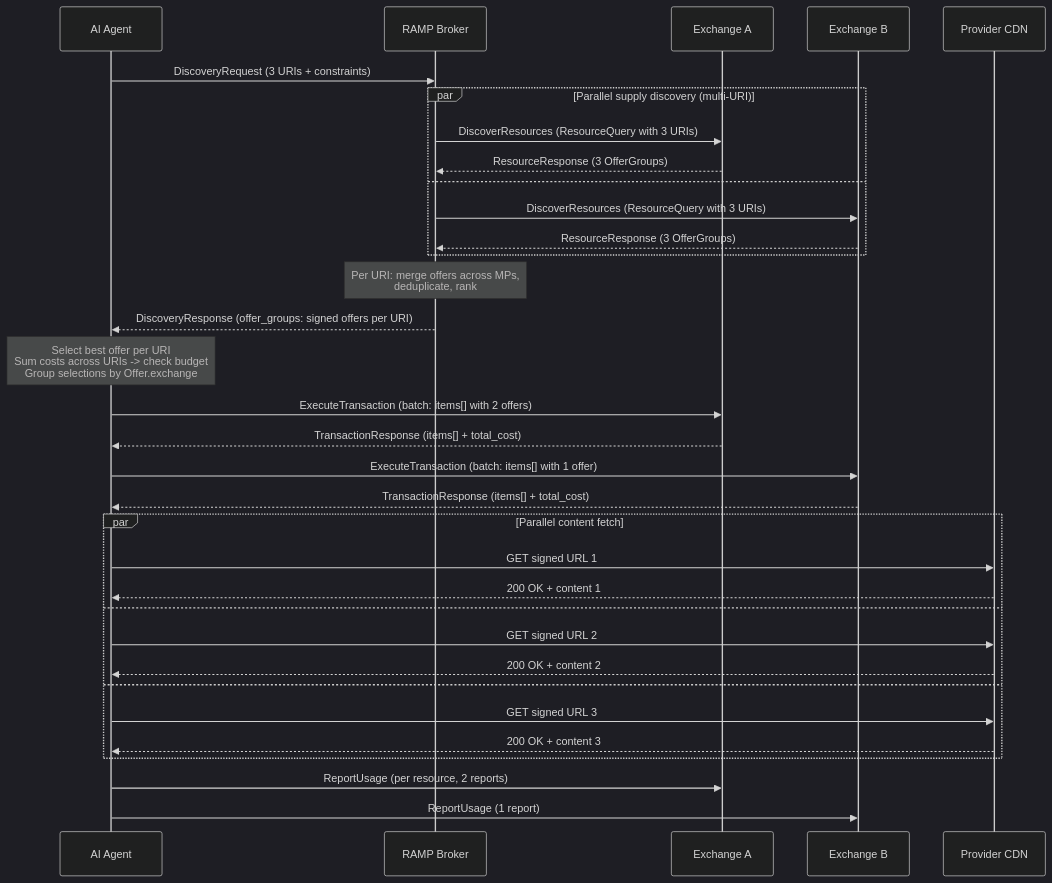
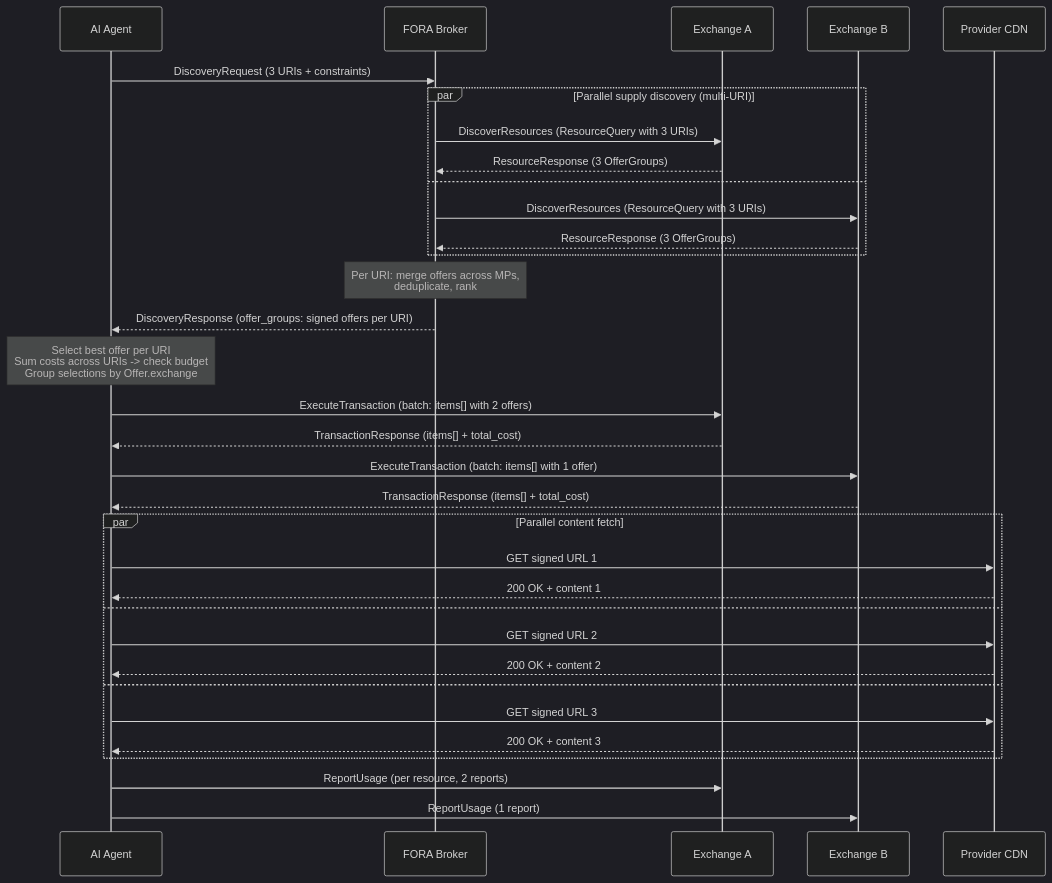
One commit to FORA-Protocol/protocol changed the fifth of 6 diagrams in website/src/content/docs/protocol/discovery-paths.mdx. Above: the diagram before and after it, drawn with Mermaid (dark theme). The commit also changed other lines of this file and 529 other files, not shown here.

First line of the commit message:
Rename the protocol from RAMP to FORA

````diff
--- a/website/src/content/docs/protocol/discovery-paths.mdx
+++ b/website/src/content/docs/protocol/discovery-paths.mdx
@@ -195,44 +195,44 @@
 ```mermaid
 sequenceDiagram
     participant Agent as AI Agent
-    participant Orch as RAMP Broker
+    participant Orch as FORA Broker
     participant MPA as Exchange A
     participant MPB as Exchange B
     participant CDN as Provider CDN
 
     Agent->>Orch: DiscoveryRequest (3 URIs + constraints)
 
     par Parallel supply discovery (multi-URI)
         Orch->>MPA: DiscoverResources (ResourceQuery with 3 URIs)
         MPA-->>Orch: ResourceResponse (3 OfferGroups)
     and
         Orch->>MPB: DiscoverResources (ResourceQuery with 3 URIs)
         MPB-->>Orch: ResourceResponse (3 OfferGroups)
     end
 
     Note over Orch: Per URI: merge offers across MPs,<br/>deduplicate, rank
 
     Orch-->>Agent: DiscoveryResponse (offer_groups: signed offers per URI)
 
     Note over Agent: Select best offer per URI<br/>Sum costs across URIs -> check budget<br/>Group selections by Offer.exchange
 
     Agent->>MPA: ExecuteTransaction (batch: items[] with 2 offers)
     MPA-->>Agent: TransactionResponse (items[] + total_cost)
 
     Agent->>MPB: ExecuteTransaction (batch: items[] with 1 offer)
     MPB-->>Agent: TransactionResponse (items[] + total_cost)
 
     par Parallel content fetch
         Agent->>CDN: GET signed URL 1
         CDN-->>Agent: 200 OK + content 1
     and
         Agent->>CDN: GET signed URL 2
         CDN-->>Agent: 200 OK + content 2
     and
         Agent->>CDN: GET signed URL 3
         CDN-->>Agent: 200 OK + content 3
     end
 
     Agent->>MPA: ReportUsage (per resource, 2 reports)
     Agent->>MPB: ReportUsage (1 report)
 ```
````
